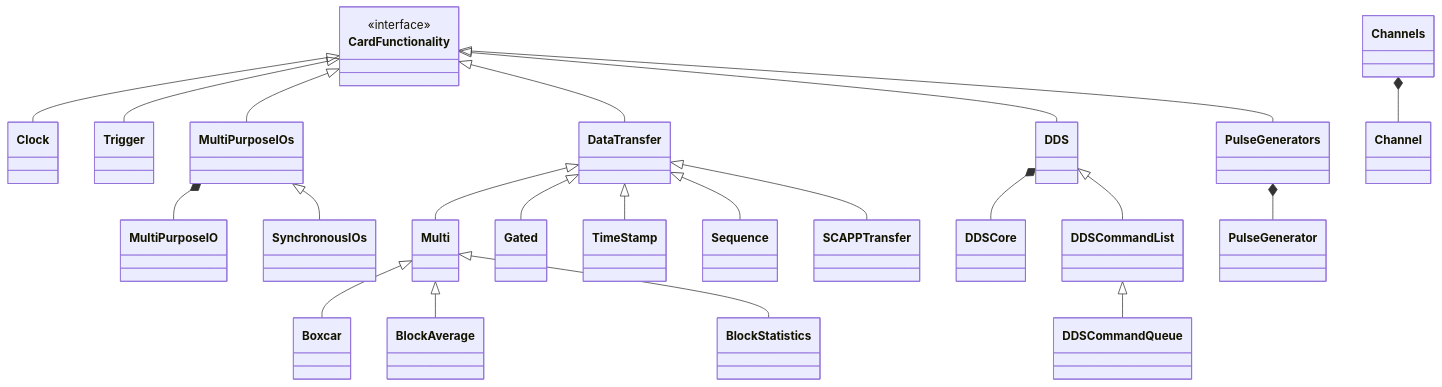
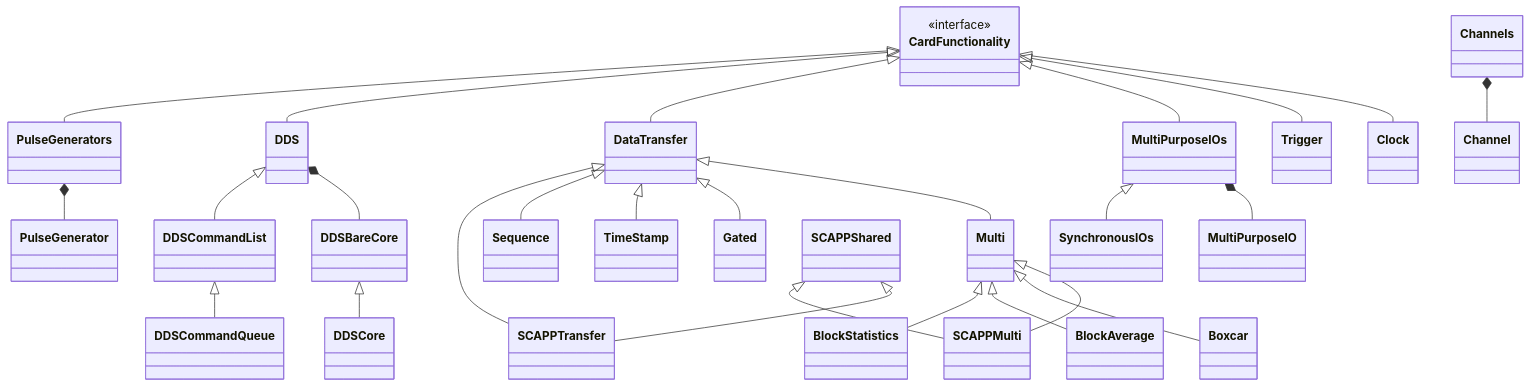
The second of 4 diagrams in src/spcm/README.md (SpectrumInstrumentation/spcm), drawn with Mermaid before and after one commit. The commit also changed other lines of this file and 1 other file, not shown here.

````diff
--- a/src/spcm/README.md
+++ b/src/spcm/README.md
@@ -70,46 +75,51 @@
 ```mermaid
 
 classDiagram
   class CardFunctionality
   <<interface>> CardFunctionality
   class Channels
   class Clock
   class Trigger
   class MultiPurposeIOs
   class SynchronousIOs
   class DataTransfer
   class DDS
+  class DDSBareCore
   class DDSCore
   class DDSCommandList
   class DDSCommandQueue
   class PulseGenerators
   class Multi
   class Gated
   class TimeStamp
   class Sequence
   class SCAPPTransfer
   class Boxcar
   class BlockAverage
   class BlockStatistics
   CardFunctionality <|-- Clock
   CardFunctionality <|-- Trigger
   CardFunctionality <|-- MultiPurposeIOs
   CardFunctionality <|-- DataTransfer
   CardFunctionality <|-- DDS
   CardFunctionality <|-- PulseGenerators
   DataTransfer <|-- Multi
   DataTransfer <|-- Gated
   DataTransfer <|-- TimeStamp
   DataTransfer <|-- Sequence
   DataTransfer <|-- SCAPPTransfer
+  SCAPPShared <|-- SCAPPTransfer
+  SCAPPShared  <|-- SCAPPMulti
+  Multi <|-- SCAPPMulti
   Multi <|-- Boxcar
   Multi <|-- BlockAverage
   Multi <|-- BlockStatistics
   Channels *-- Channel
   MultiPurposeIOs *-- MultiPurposeIO
   MultiPurposeIOs <|-- SynchronousIOs
   PulseGenerators *-- PulseGenerator
-  DDS *-- DDSCore
+  DDS *-- DDSBareCore
+  DDSBareCore <|-- DDSCore
   DDS <|-- DDSCommandList
   DDSCommandList <|-- DDSCommandQueue
 ```
````
